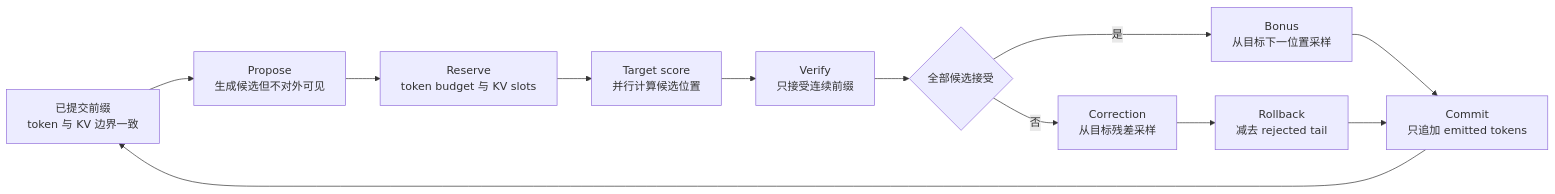
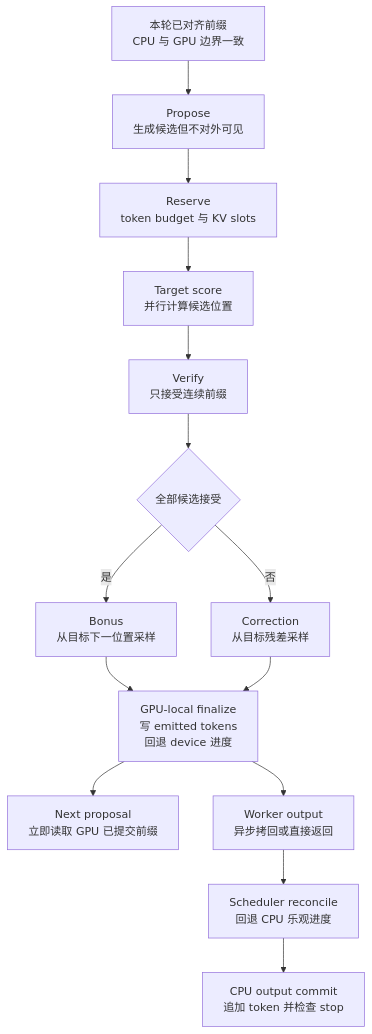
The diagram in wiki/02_engineering/03_infer_frameworks/vllm/20_vllm_speculative_decoding_analysis.md (suhaibo666/llm-knowledge), drawn with Mermaid before and after one commit. The commit also changed other lines of this file, not shown here.

Commit message:
docs(vllm): clarify speculative commit ordering

````diff
--- a/wiki/02_engineering/03_infer_frameworks/vllm/20_vllm_speculative_decoding_analysis.md
+++ b/wiki/02_engineering/03_infer_frameworks/vllm/20_vllm_speculative_decoding_analysis.md
@@ -48,14 +49,16 @@
 ```mermaid
-flowchart LR
-    P["已提交前缀<br/>token 与 KV 边界一致"] --> D["Propose<br/>生成候选但不对外可见"]
+flowchart TB
+    P["本轮已对齐前缀<br/>CPU 与 GPU 边界一致"] --> D["Propose<br/>生成候选但不对外可见"]
     D --> S["Reserve<br/>token budget 与 KV slots"]
     S --> T["Target score<br/>并行计算候选位置"]
     T --> V["Verify<br/>只接受连续前缀"]
     V --> Q{"全部候选接受"}
     Q -->|是| B["Bonus<br/>从目标下一位置采样"]
     Q -->|否| R["Correction<br/>从目标残差采样"]
-    R --> X["Rollback<br/>减去 rejected tail"]
-    B --> C["Commit<br/>只追加 emitted tokens"]
-    X --> C
-    C --> P
+    B --> G["GPU-local finalize<br/>写 emitted tokens<br/>回退 device 进度"]
+    R --> G
+    G --> N["Next proposal<br/>立即读取 GPU 已提交前缀"]
+    G --> O["Worker output<br/>异步拷回或直接返回"]
+    O --> C["Scheduler reconcile<br/>回退 CPU 乐观进度"]
+    C --> H["CPU output commit<br/>追加 token 并检查 stop"]
 ```
````
